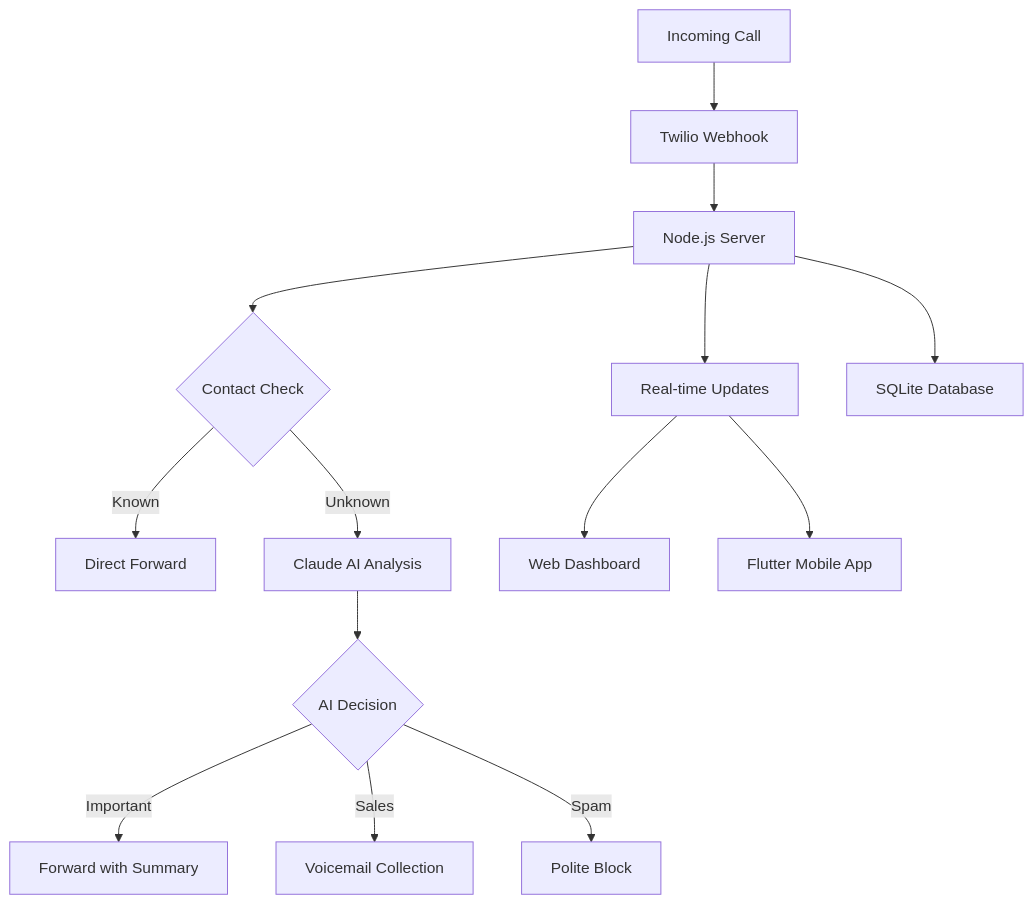
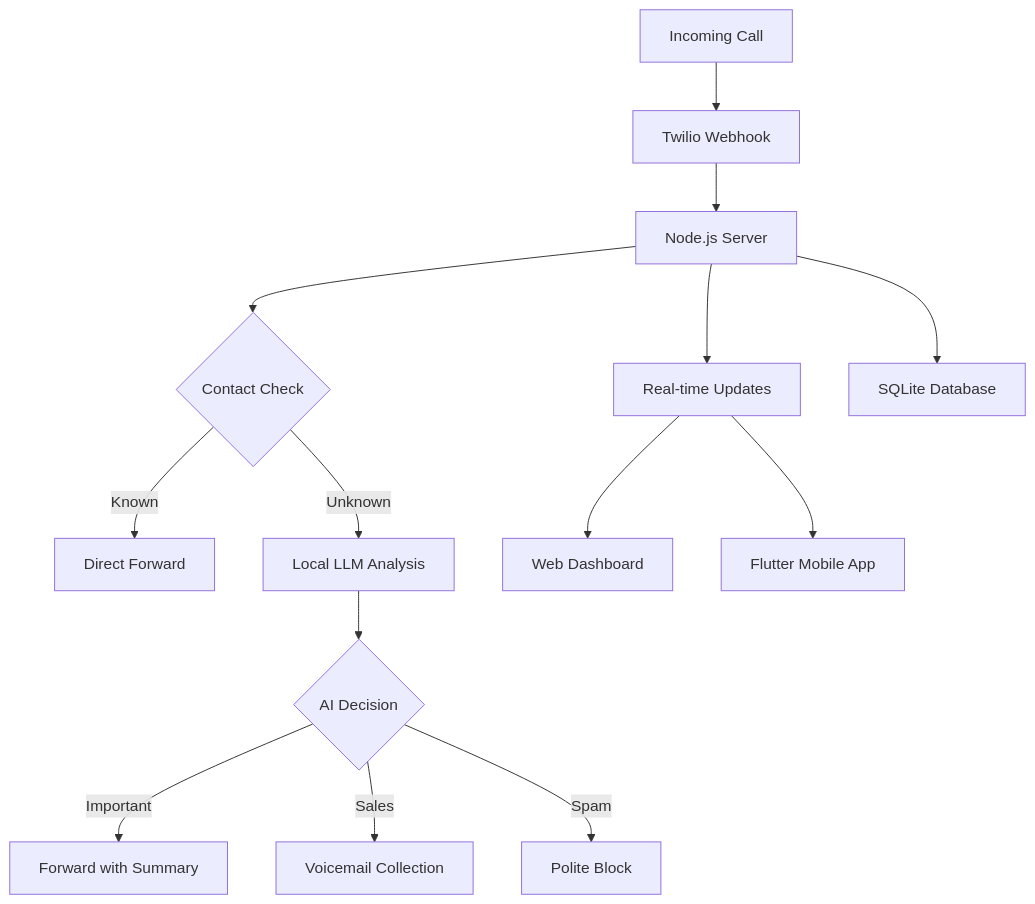
Before and after one commit to michael5cents/CallForwardingApp: the diagram in README.md, drawn with Mermaid. The commit also changed other lines of this file and 15 other files, not shown here.

Commit message:
docs: release v2.4.0 with Local LLM migration, health monitoring, and loan spam filter

````diff
--- a/README.md
+++ b/README.md
@@ -56,16 +56,16 @@
 ```mermaid
 graph TB
     A[Incoming Call] --> B[Twilio Webhook]
     B --> C[Node.js Server]
     C --> D{Contact Check}
     D -->|Known| E[Direct Forward]
-    D -->|Unknown| F[Claude AI Analysis]
+    D -->|Unknown| F[Local LLM Analysis]
     F --> G{AI Decision}
     G -->|Important| H[Forward with Summary]
     G -->|Sales| I[Voicemail Collection]
     G -->|Spam| J[Polite Block]
     C --> K[Real-time Updates]
     K --> L[Web Dashboard]
     K --> M[Flutter Mobile App]
     C --> N[SQLite Database]
 ```
````
